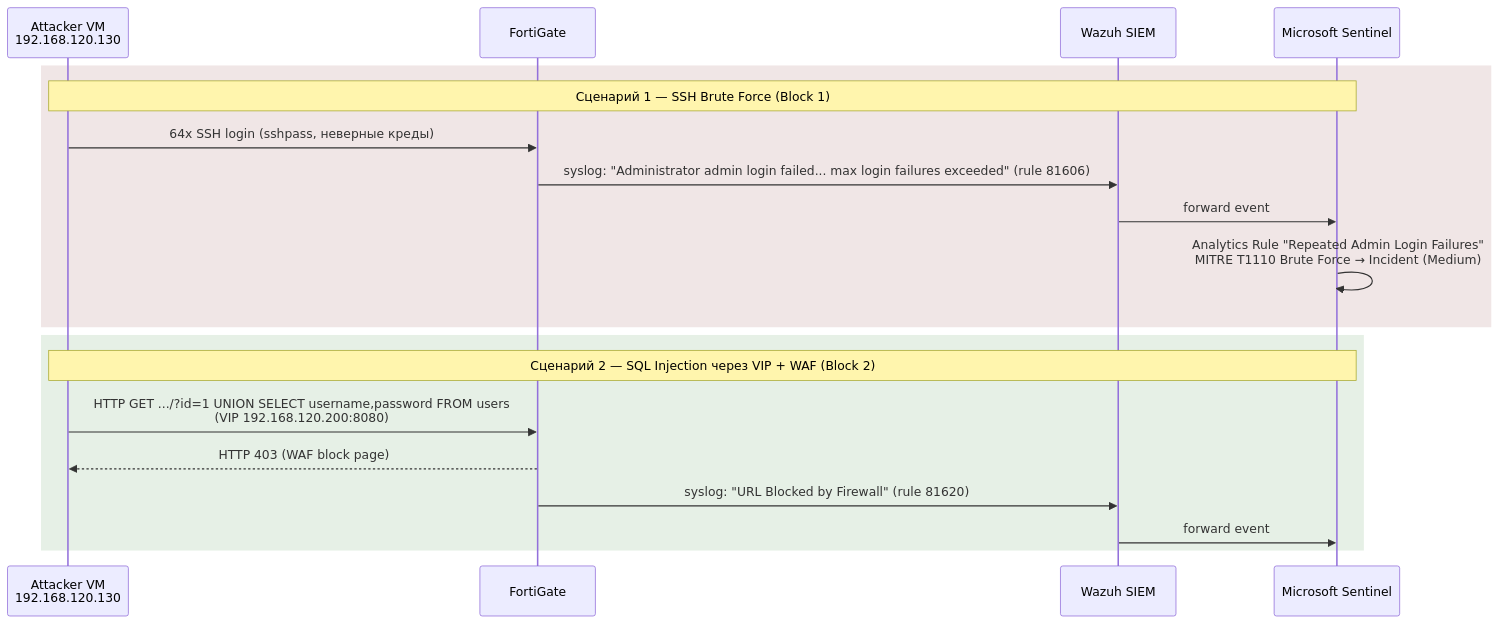
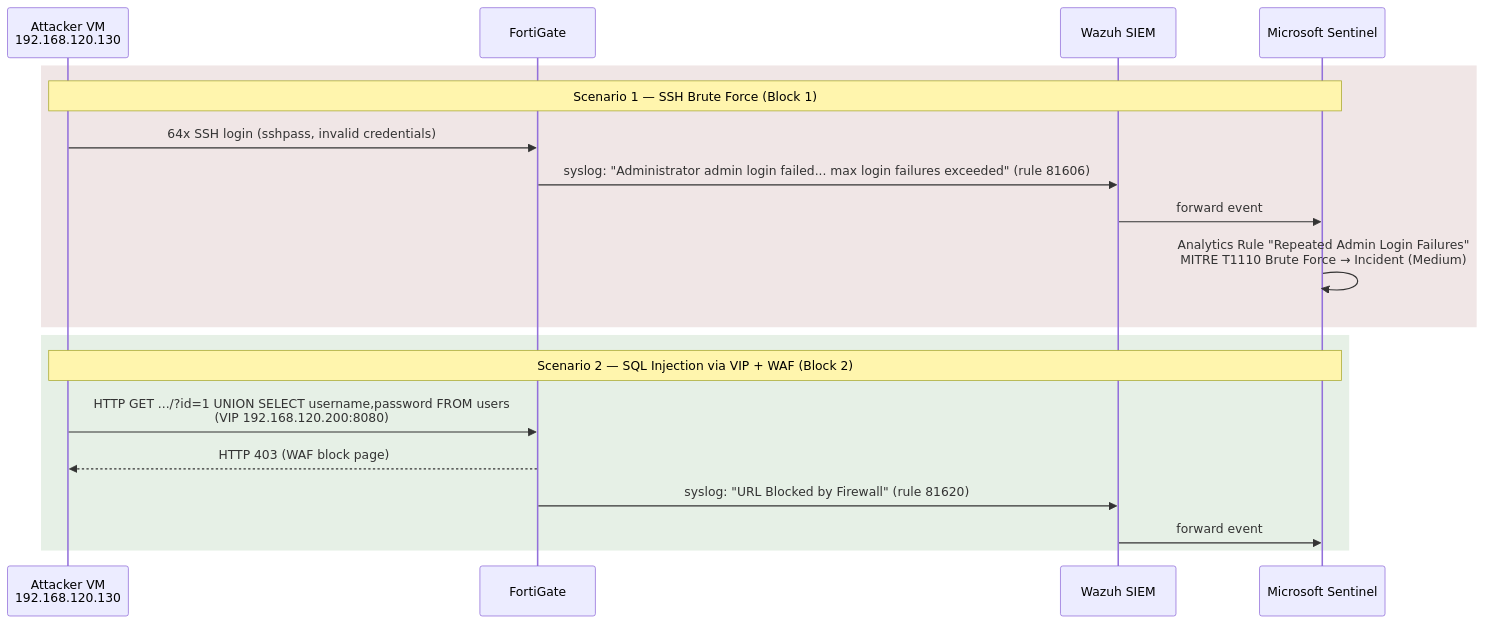
The second of 2 diagrams in README.md (deniskapolishuk2012/fortigate-checkpoint-security-lab), drawn with Mermaid before and after one commit. The commit also changed other lines of this file, not shown here.

````diff
--- a/README.md
+++ b/README.md
@@ -207,23 +208,23 @@
 ```mermaid
 sequenceDiagram
     participant A as Attacker VM<br/>192.168.120.130
     participant FG as FortiGate
     participant W as Wazuh SIEM
     participant S as Microsoft Sentinel
 
     rect rgb(240, 230, 230)
-    Note over A,S: Сценарий 1 — SSH Brute Force (Block 1)
-    A->>FG: 64x SSH login (sshpass, неверные креды)
+    Note over A,S: Scenario 1 — SSH Brute Force (Block 1)
+    A->>FG: 64x SSH login (sshpass, invalid credentials)
     FG->>W: syslog: "Administrator admin login failed... max login failures exceeded" (rule 81606)
     W->>S: forward event
     S->>S: Analytics Rule "Repeated Admin Login Failures"<br/>MITRE T1110 Brute Force → Incident (Medium)
     end
 
     rect rgb(230, 240, 230)
-    Note over A,S: Сценарий 2 — SQL Injection через VIP + WAF (Block 2)
+    Note over A,S: Scenario 2 — SQL Injection via VIP + WAF (Block 2)
     A->>FG: HTTP GET .../?id=1 UNION SELECT username,password FROM users<br/>(VIP 192.168.120.200:8080)
     FG-->>A: HTTP 403 (WAF block page)
     FG->>W: syslog: "URL Blocked by Firewall" (rule 81620)
     W->>S: forward event
     end
 ```
````
